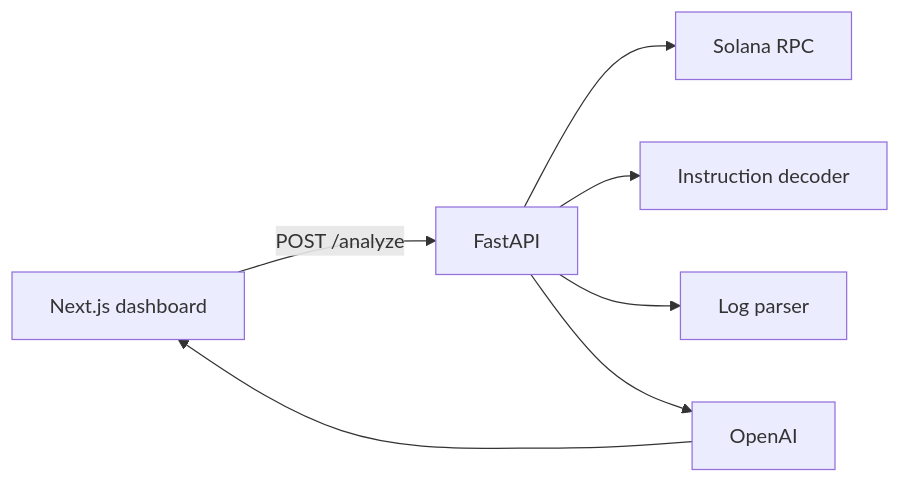
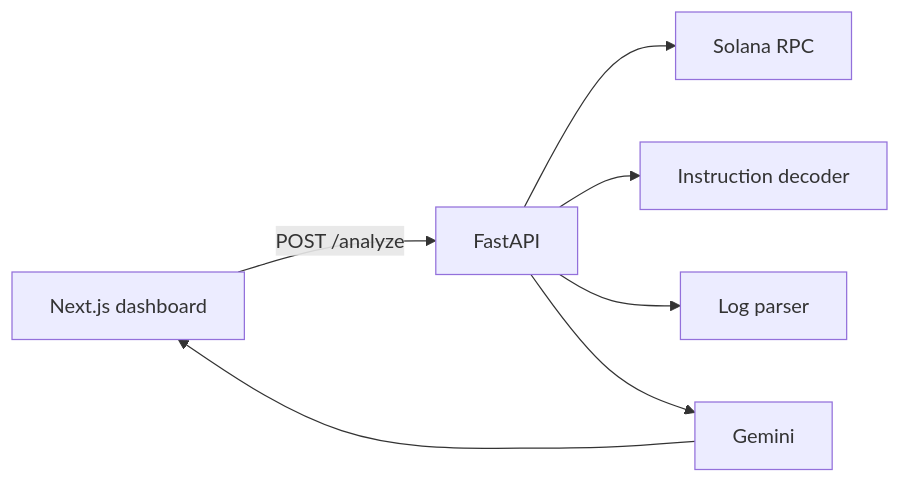
The diagram in README.md (Ah-Riz/docmind), drawn with Mermaid before and after one commit. The commit also changed other lines of this file and 10 other files, not shown here.

First line of the commit message:
Switch LLM provider from OpenAI to Gemini.

````diff
--- a/README.md
+++ b/README.md
@@ -38,9 +38,9 @@
 ```mermaid
 flowchart LR
   UI[Next.js dashboard] -->|POST /analyze| API[FastAPI]
   API --> RPC[Solana RPC]
   API --> Decode[Instruction decoder]
   API --> Logs[Log parser]
-  API --> LLM[OpenAI]
+  API --> LLM[Gemini]
   LLM --> UI
 ```
````
